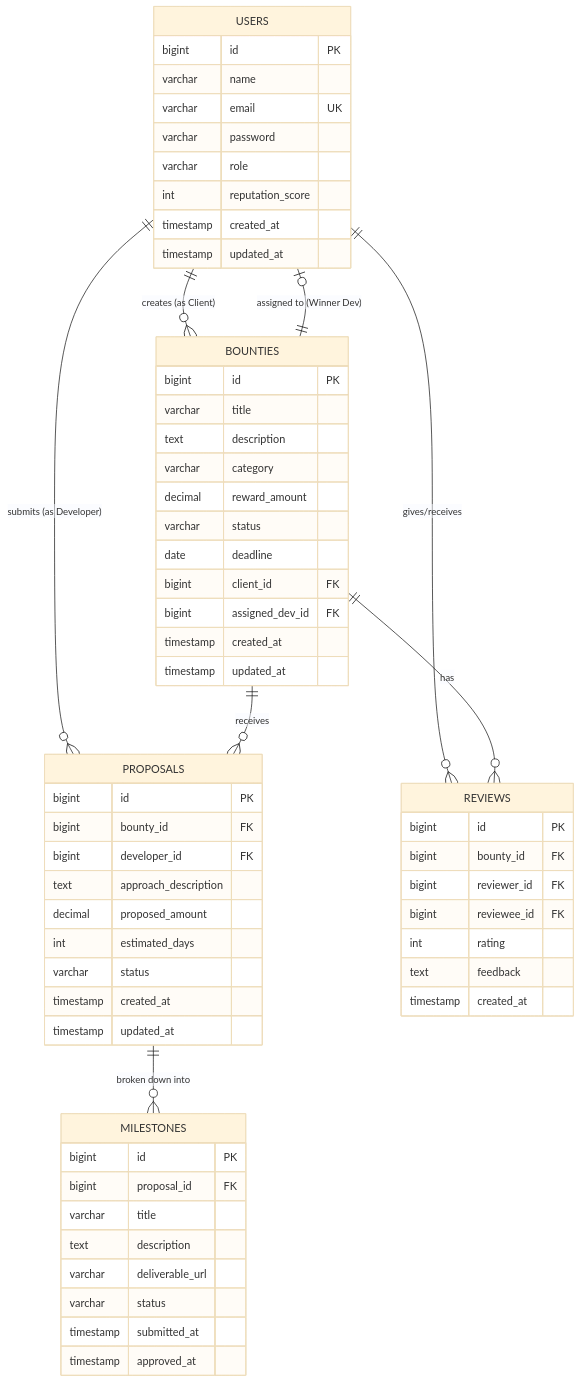
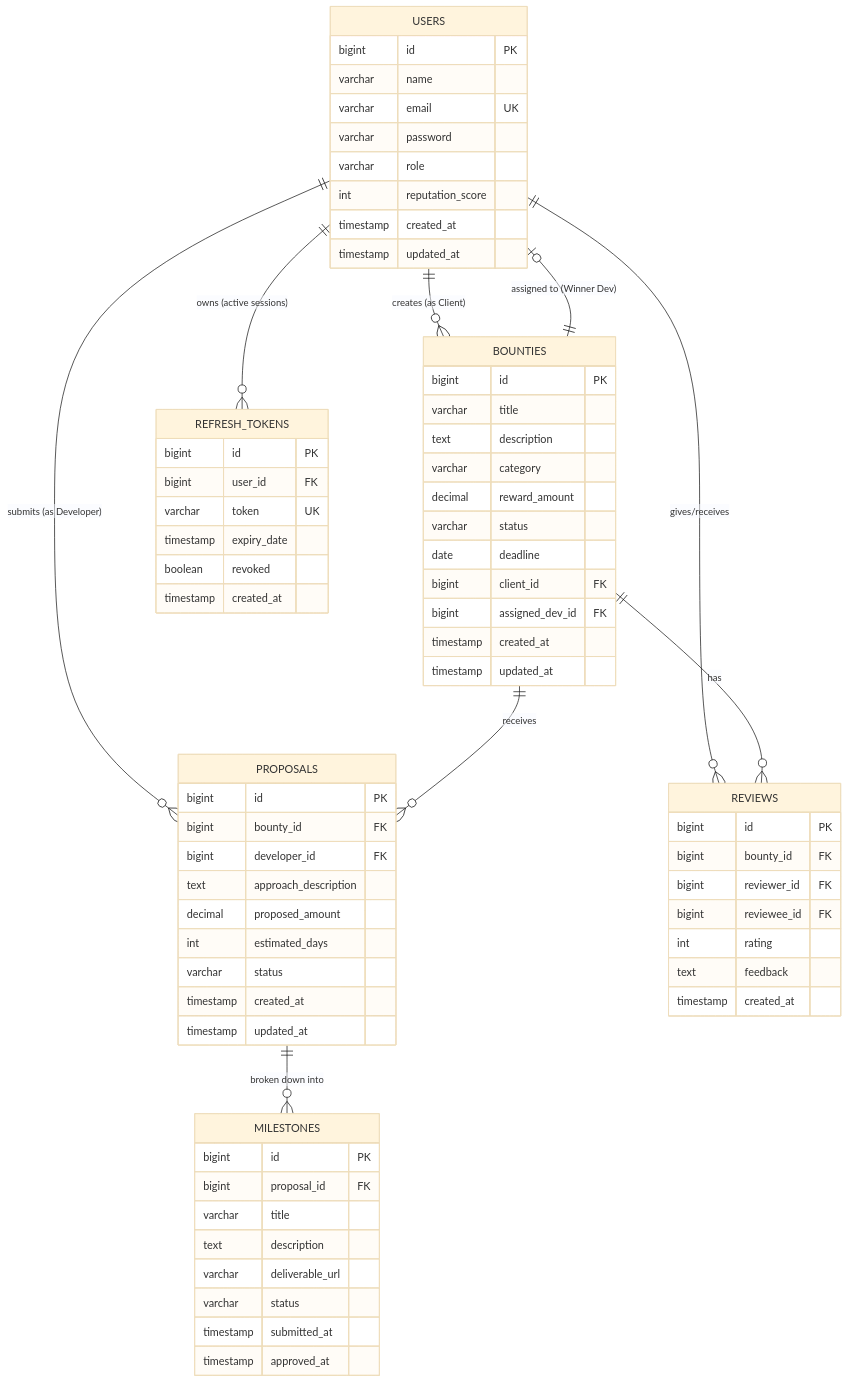
Before and after one commit to gargnikunj991-ux/OpenBounty: the first of 2 diagrams in SYSTEM_DESIGN.md, drawn with Mermaid (base theme). The commit also changed other lines of this file and 6 other files, not shown here.

````diff
--- a/SYSTEM_DESIGN.md
+++ b/SYSTEM_DESIGN.md
@@ -35,68 +42,78 @@
 ```mermaid
 erDiagram
     USERS ||--o{ BOUNTIES : "creates (as Client)"
     USERS ||--o{ PROPOSALS : "submits (as Developer)"
     USERS ||--o{ REVIEWS : "gives/receives"
+    USERS ||--o{ REFRESH_TOKENS : "owns (active sessions)"
     BOUNTIES ||--o{ PROPOSALS : "receives"
     BOUNTIES ||--o| USERS : "assigned to (Winner Dev)"
     PROPOSALS ||--o{ MILESTONES : "broken down into"
     BOUNTIES ||--o{ REVIEWS : "has"
 
     USERS {
         bigint id PK
         varchar name
         varchar email UK
         varchar password
         varchar role
         int reputation_score
         timestamp created_at
         timestamp updated_at
     }
 
     BOUNTIES {
         bigint id PK
         varchar title
         text description
         varchar category
         decimal reward_amount
         varchar status
         date deadline
         bigint client_id FK
         bigint assigned_dev_id FK
         timestamp created_at
         timestamp updated_at
     }
 
     PROPOSALS {
         bigint id PK
         bigint bounty_id FK
         bigint developer_id FK
         text approach_description
         decimal proposed_amount
         int estimated_days
         varchar status
         timestamp created_at
         timestamp updated_at
     }
 
     MILESTONES {
         bigint id PK
         bigint proposal_id FK
         varchar title
         text description
         varchar deliverable_url
         varchar status
         timestamp submitted_at
         timestamp approved_at
     }
 
     REVIEWS {
         bigint id PK
         bigint bounty_id FK
         bigint reviewer_id FK
         bigint reviewee_id FK
         int rating
         text feedback
         timestamp created_at
     }
+
+    REFRESH_TOKENS {
+        bigint id PK
+        bigint user_id FK
+        varchar token UK
+        timestamp expiry_date
+        boolean revoked
+        timestamp created_at
+    }
 ```
````
